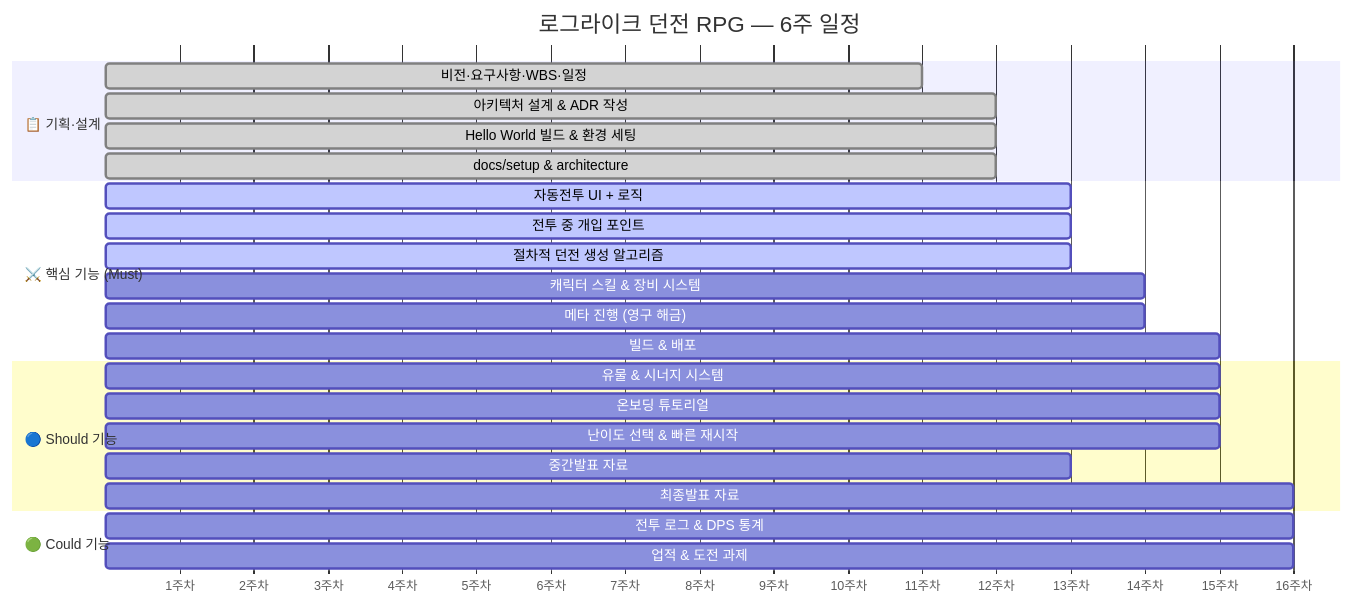
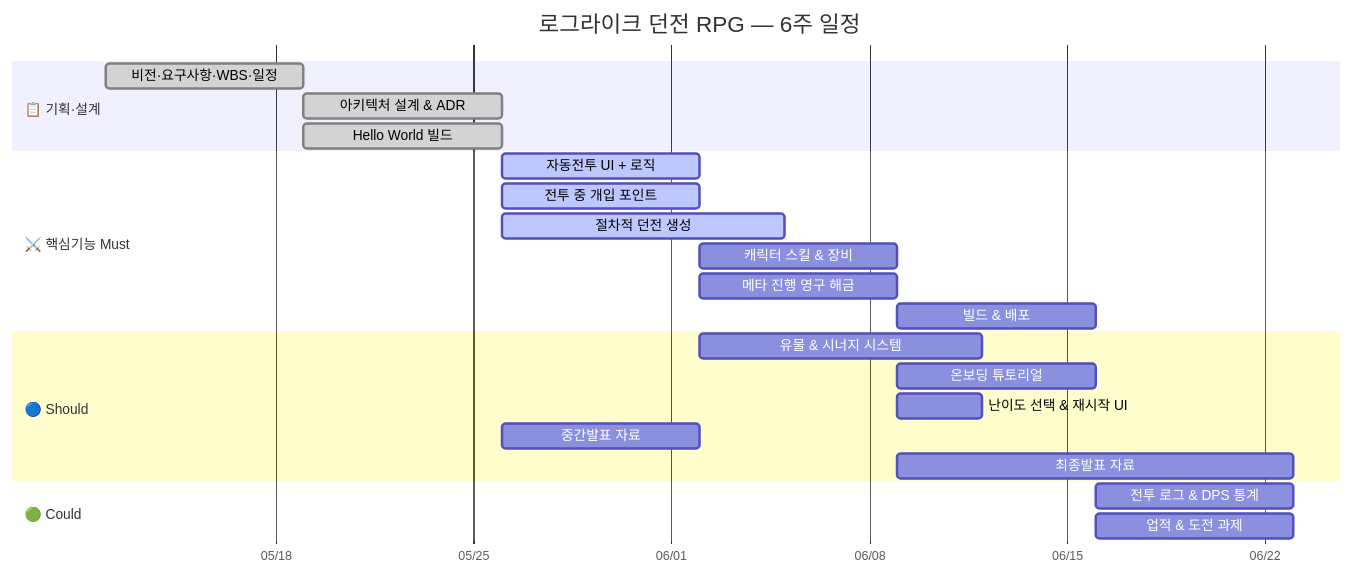
The diagram in .planning/02-wbs.md (zookid123/Team-project-), drawn with Mermaid before and after one commit. The commit also changed other lines of this file, not shown here.

Commit message:
docs: WBS 간트 차트 날짜 기반으로 수정

````diff
--- a/.planning/02-wbs.md
+++ b/.planning/02-wbs.md
@@ -7,31 +7,32 @@
 ```mermaid
 gantt
   title 로그라이크 던전 RPG — 6주 일정
-  dateFormat  X
-  axisFormat  %s주차
+  dateFormat YYYY-MM-DD
+  tickInterval 1week
+  weekday monday
+  axisFormat %m/%d
 
   section 📋 기획·설계
-  비전·요구사항·WBS·일정       :done,    t1,  10, 11
-  아키텍처 설계 & ADR 작성      :done,    t2,  11, 12
-  Hello World 빌드 & 환경 세팅  :done,    t3,  11, 12
-  docs/setup & architecture     :done,    t4,  11, 12
+  비전·요구사항·WBS·일정        :done,    2026-05-12, 1w
+  아키텍처 설계 & ADR           :done,    2026-05-19, 1w
+  Hello World 빌드              :done,    2026-05-19, 1w
 
-  section ⚔️ 핵심 기능 (Must)
-  자동전투 UI + 로직             :active,  t5,  12, 13
-  전투 중 개입 포인트            :active,  t6,  12, 13
-  절차적 던전 생성 알고리즘      :active,  t7,  12, 13
-  캐릭터 스킬 & 장비 시스템     :         t8,  13, 14
-  메타 진행 (영구 해금)          :         t9,  13, 14
-  빌드 & 배포                    :         t10, 14, 15
+  section ⚔️ 핵심기능 Must
+  자동전투 UI + 로직             :active,  2026-05-26, 1w
+  전투 중 개입 포인트            :active,  2026-05-26, 1w
+  절차적 던전 생성               :active,  2026-05-26, 10d
+  캐릭터 스킬 & 장비             :         2026-06-02, 1w
+  메타 진행 영구 해금            :         2026-06-02, 1w
+  빌드 & 배포                    :         2026-06-09, 1w
 
-  section 🔵 Should 기능
-  유물 & 시너지 시스템           :         t11, 13, 15
-  온보딩 튜토리얼                :         t12, 14, 15
-  난이도 선택 & 빠른 재시작      :         t13, 14, 15
-  중간발표 자료                  :         t14, 12, 13
-  최종발표 자료                  :         t15, 14, 16
+  section 🔵 Should
+  유물 & 시너지 시스템           :         2026-06-02, 10d
+  온보딩 튜토리얼                :         2026-06-09, 1w
+  난이도 선택 & 재시작 UI        :         2026-06-09, 3d
+  중간발표 자료                  :         2026-05-26, 1w
+  최종발표 자료                  :         2026-06-09, 2w
 
-  section 🟢 Could 기능
-  전투 로그 & DPS 통계           :         t16, 15, 16
-  업적 & 도전 과제               :         t17, 15, 16
+  section 🟢 Could
+  전투 로그 & DPS 통계           :         2026-06-16, 1w
+  업적 & 도전 과제               :         2026-06-16, 1w
 ```
````
